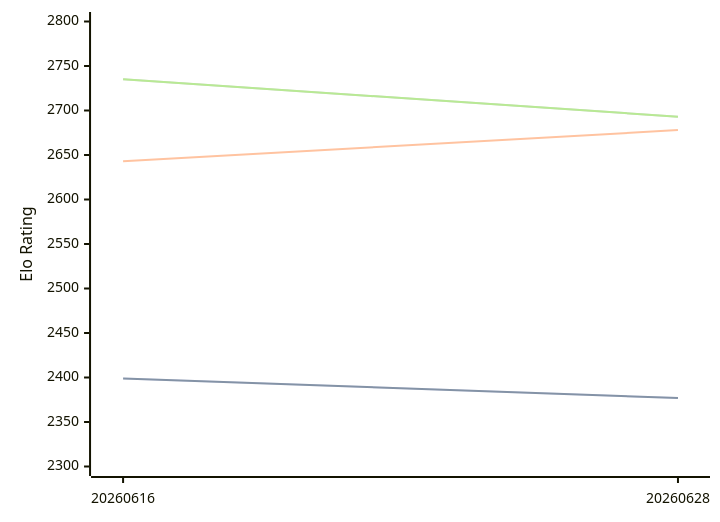
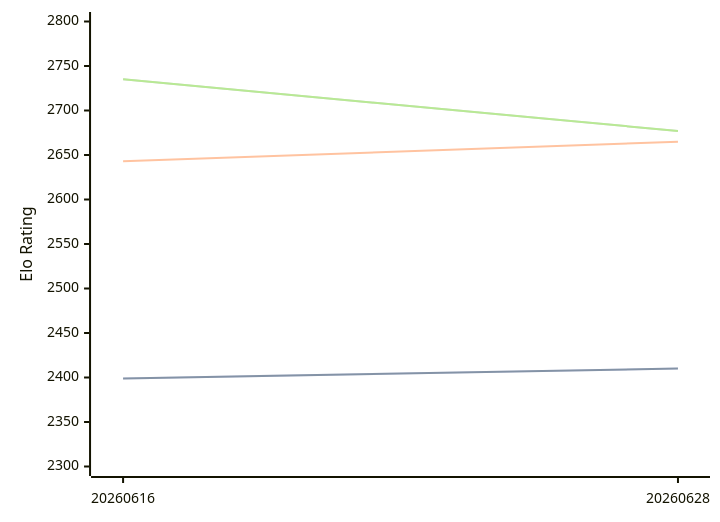
One commit to computer-chess-index/cci changed the first of 3 diagrams in engines/Askaig.md. Above: the diagram before and after it, drawn with Mermaid. The commit also changed other lines of this file, not shown here.

Commit message:
Update CCI Ratings (ELO VLTC) - 2026-07-02

````diff
--- a/engines/Askaig.md
+++ b/engines/Askaig.md
@@ -34,11 +34,11 @@
 ```mermaid
 %%{init: {"theme":"base","themeVariables":{"seriesColors:['#a3a3a3','#222221','#faa371']}}}%%
 xychart-beta
   x-axis ["20260616", "20260628"]
   y-axis "Elo Rating" 2300 --> 2800
-  line "STC (8.0+0.08s)" [2399, 2377]
-  line "STC (8.0+0.08s)" [2399, 2377]
-  line "LTC (60.0+0.60s)" [2643, 2678]
-  line "VLTC (2m24s+1.12s)" [2735, 2693]
-  line "VLTC (2m24s+1.12s)" [2735, 2693]
+  line "STC (8.0+0.08s)" [2399, 2410]
+  line "STC (8.0+0.08s)" [2399, 2410]
+  line "LTC (60.0+0.60s)" [2643, 2665]
+  line "VLTC (2m24s+1.12s)" [2735, 2677]
+  line "VLTC (2m24s+1.12s)" [2735, 2677]
 ```
````
